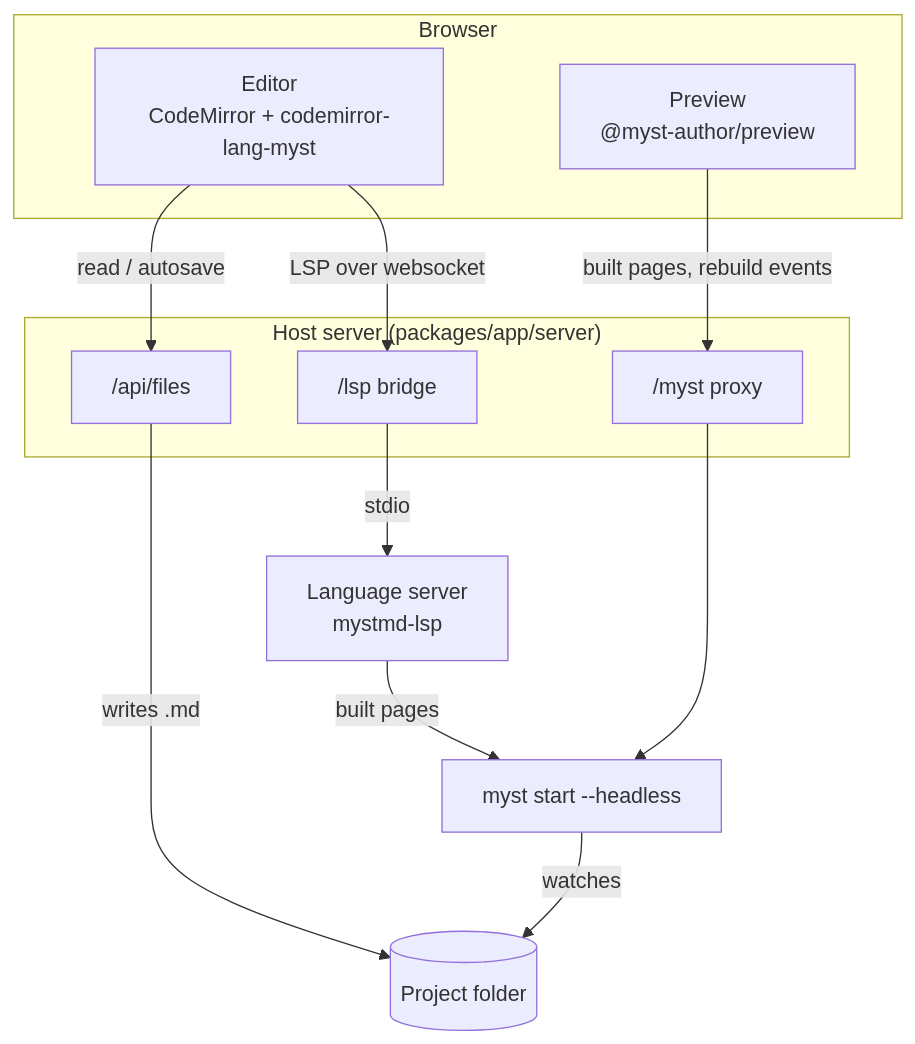
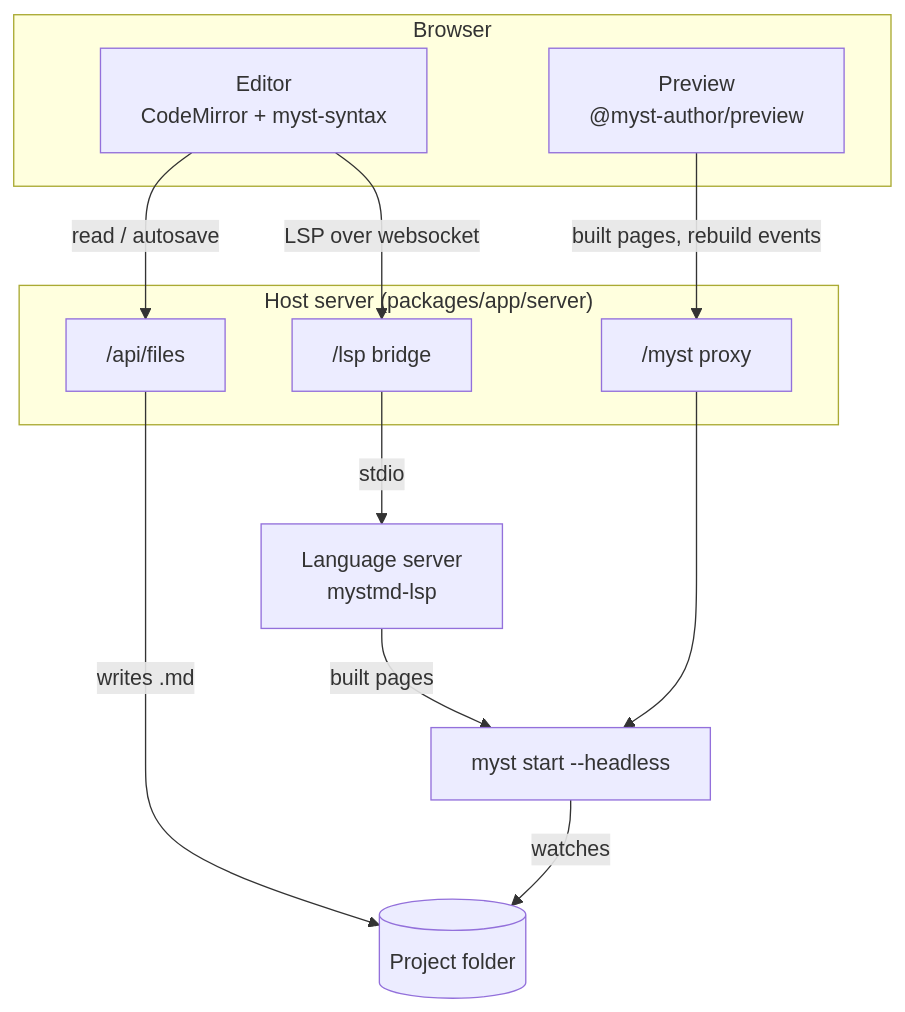
The diagram in docs/develop/architecture.md (choldgraf/myst-author), drawn with Mermaid before and after one commit. The commit also changed other lines of this file and 11 other files, not shown here.

Commit message:
Use myst-syntax for MyST syntax highlighting

````diff
--- a/docs/develop/architecture.md
+++ b/docs/develop/architecture.md
@@ -57,20 +54,20 @@
 ```{mermaid}
 flowchart TB
   subgraph browser[Browser]
-    editor["Editor<br/>CodeMirror + codemirror-lang-myst"]
+    editor["Editor<br/>CodeMirror + myst-syntax"]
     preview["Preview<br/>@myst-author/preview"]
   end
   subgraph host["Host server (packages/app/server)"]
     files["/api/files"]
     proxy["/myst proxy"]
     bridge["/lsp bridge"]
   end
   editor -- "read / autosave" --> files
   editor -- "LSP over websocket" --> bridge
   bridge -- stdio --> lsp["Language server<br/>mystmd-lsp"]
   preview -- "built pages, rebuild events" --> proxy
   proxy --> myst["myst start --headless"]
   lsp -- "built pages" --> myst
   files -- "writes .md" --> disk[(Project folder)]
   myst -- watches --> disk
 ```
````
